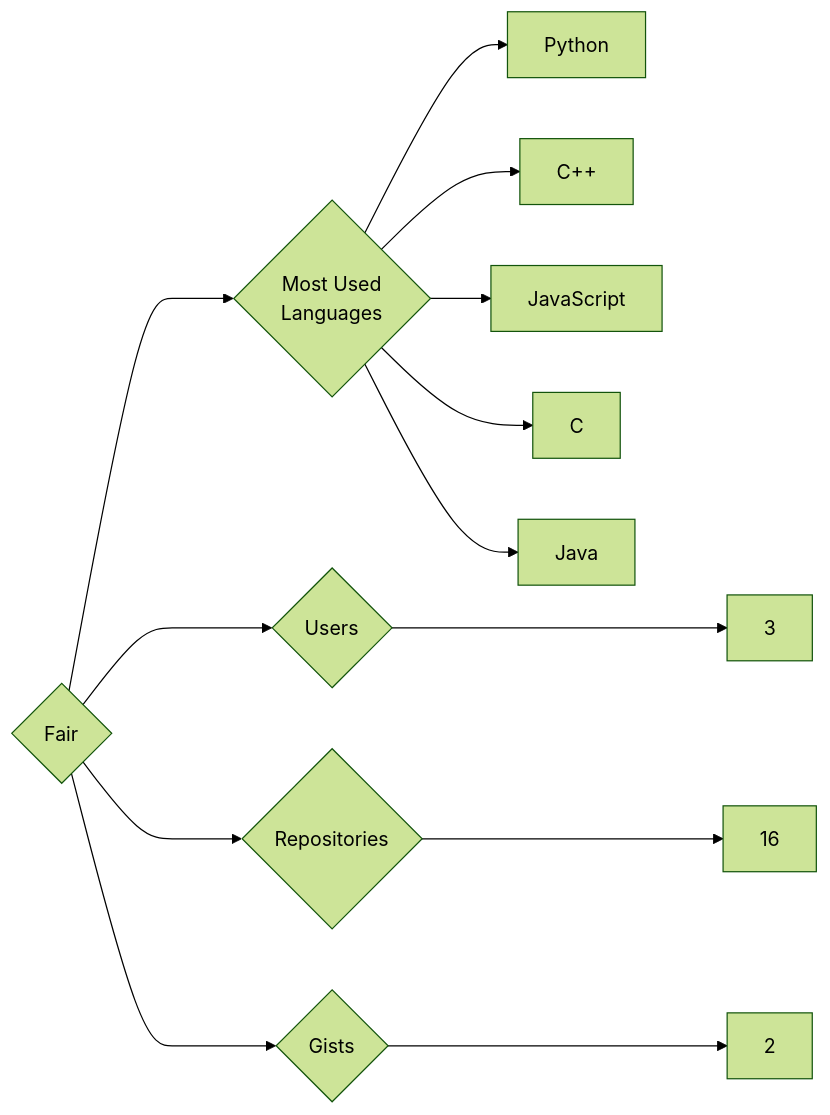
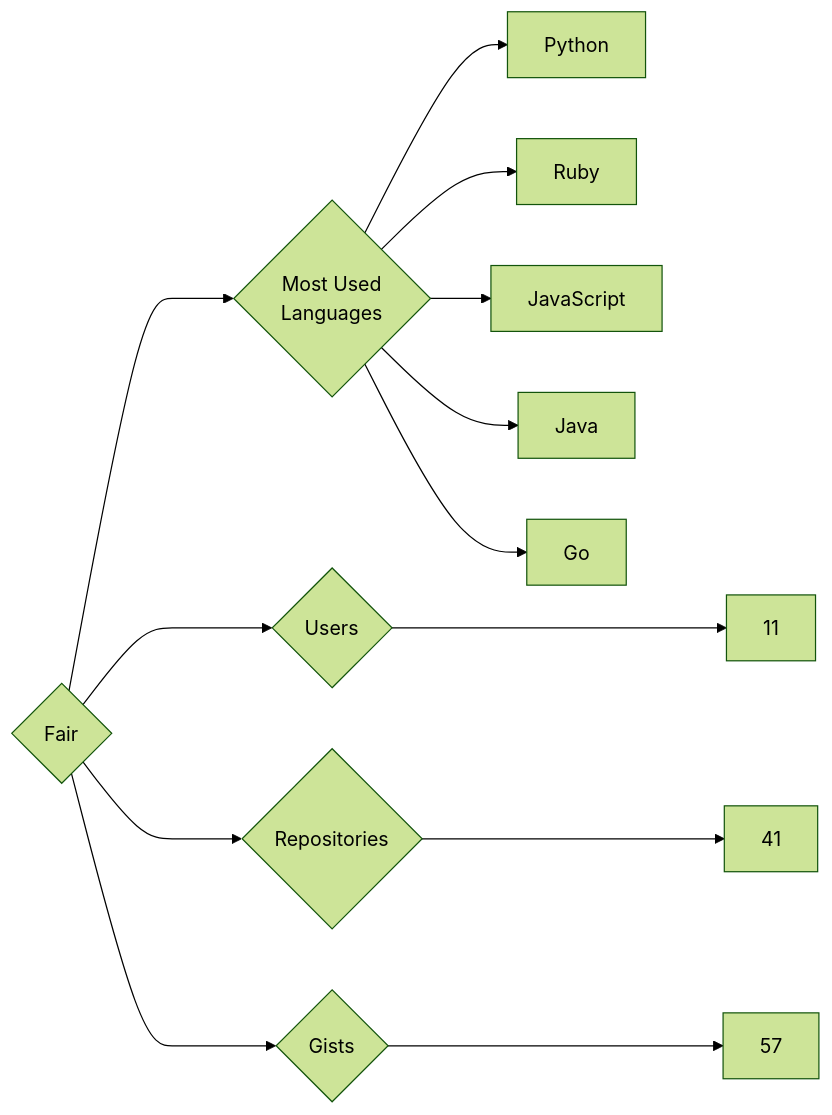
One commit to trickest/insiders changed the diagram in targets/Fair/README.md. Above: the diagram before and after it, drawn with Mermaid (forest theme). The commit also changed 723 other files, not shown here.

````diff
--- a/targets/Fair/README.md
+++ b/targets/Fair/README.md
@@ -3,13 +3,13 @@
 ```mermaid
 graph LR
 COMPANY_NAME{Fair}
-COMPANY_NAME ---> U{Users} ---> UN[3]
-COMPANY_NAME ---> R{Repositories} ---> RN[16]
-COMPANY_NAME ---> G{Gists} ---> GN[2]
+COMPANY_NAME ---> U{Users} ---> UN[11]
+COMPANY_NAME ---> R{Repositories} ---> RN[41]
+COMPANY_NAME ---> G{Gists} ---> GN[57]
 COMPANY_NAME ---> ML{Most Used<br>Languages}
 ML --> Python[Python]
-ML --> C++[C++]
+ML --> Ruby[Ruby]
 ML --> JavaScript[JavaScript]
-ML --> C[C]
 ML --> Java[Java]
+ML --> Go[Go]
 ```
````
